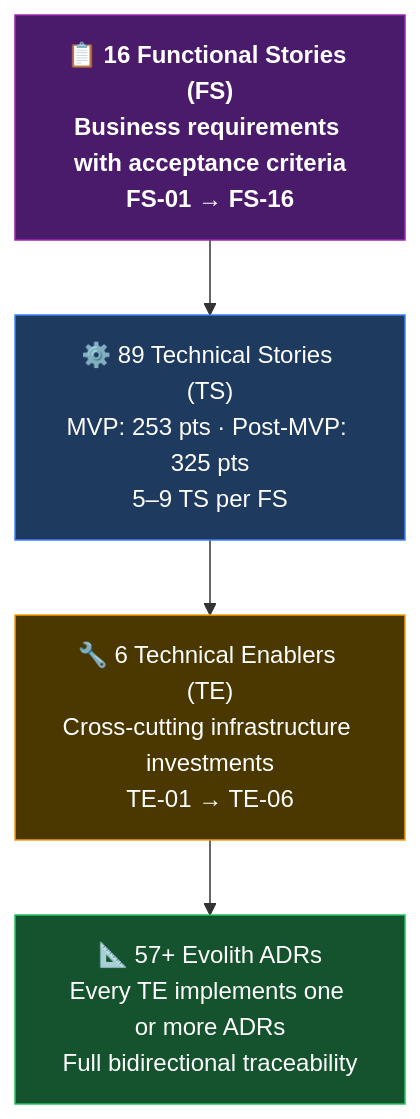
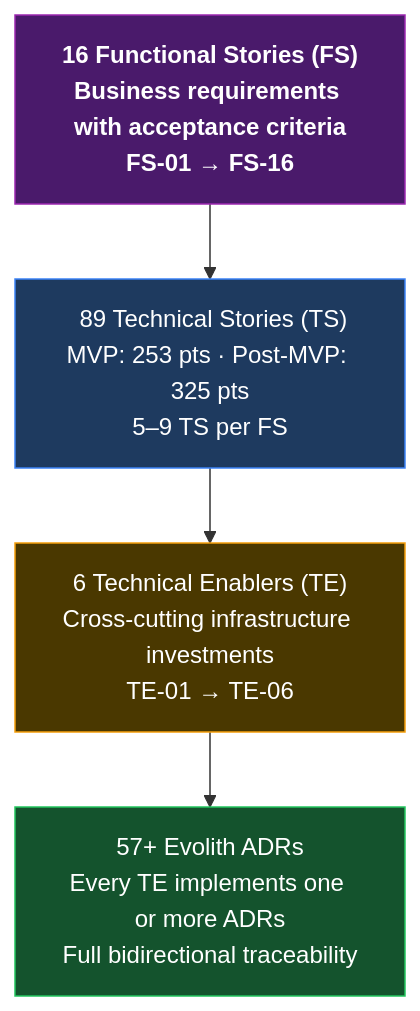
One commit to beyondnetcode/evolith_arch32 changed the seventh of 7 diagrams in reference/knowledge/demo/ums-technical-overview.md. Above: the diagram before and after it, drawn with Mermaid. The commit also changed other lines of this file and 41 other files, not shown here.

````diff
--- a/reference/knowledge/demo/ums-technical-overview.md
+++ b/reference/knowledge/demo/ums-technical-overview.md
@@ -311,14 +311,14 @@
 ```mermaid
 flowchart TD
     classDef fs fill:#4a1a6b,stroke:#9c27b0,color:#fff,font-weight:bold
     classDef ts fill:#1e3a5f,stroke:#3b82f6,color:#fff
     classDef te fill:#4a3800,stroke:#f59e0b,color:#fff
     classDef adr fill:#14532d,stroke:#22c55e,color:#fff
 
-    FS_BOX["📋 16 Functional Stories (FS)\nBusiness requirements with acceptance criteria\nFS-01 → FS-16"]:::fs
-    TS_BOX["⚙️ 89 Technical Stories (TS)\nMVP: 253 pts · Post-MVP: 325 pts\n5–9 TS per FS"]:::ts
-    TE_BOX["🔧 6 Technical Enablers (TE)\nCross-cutting infrastructure investments\nTE-01 → TE-06"]:::te
-    ADR_BOX["📐 57+ Evolith ADRs\nEvery TE implements one or more ADRs\nFull bidirectional traceability"]:::adr
+    FS_BOX[" 16 Functional Stories (FS)\nBusiness requirements with acceptance criteria\nFS-01 → FS-16"]:::fs
+    TS_BOX["️ 89 Technical Stories (TS)\nMVP: 253 pts · Post-MVP: 325 pts\n5–9 TS per FS"]:::ts
+    TE_BOX[" 6 Technical Enablers (TE)\nCross-cutting infrastructure investments\nTE-01 → TE-06"]:::te
+    ADR_BOX[" 57+ Evolith ADRs\nEvery TE implements one or more ADRs\nFull bidirectional traceability"]:::adr
 
     FS_BOX --> TS_BOX --> TE_BOX --> ADR_BOX
 ```
````
